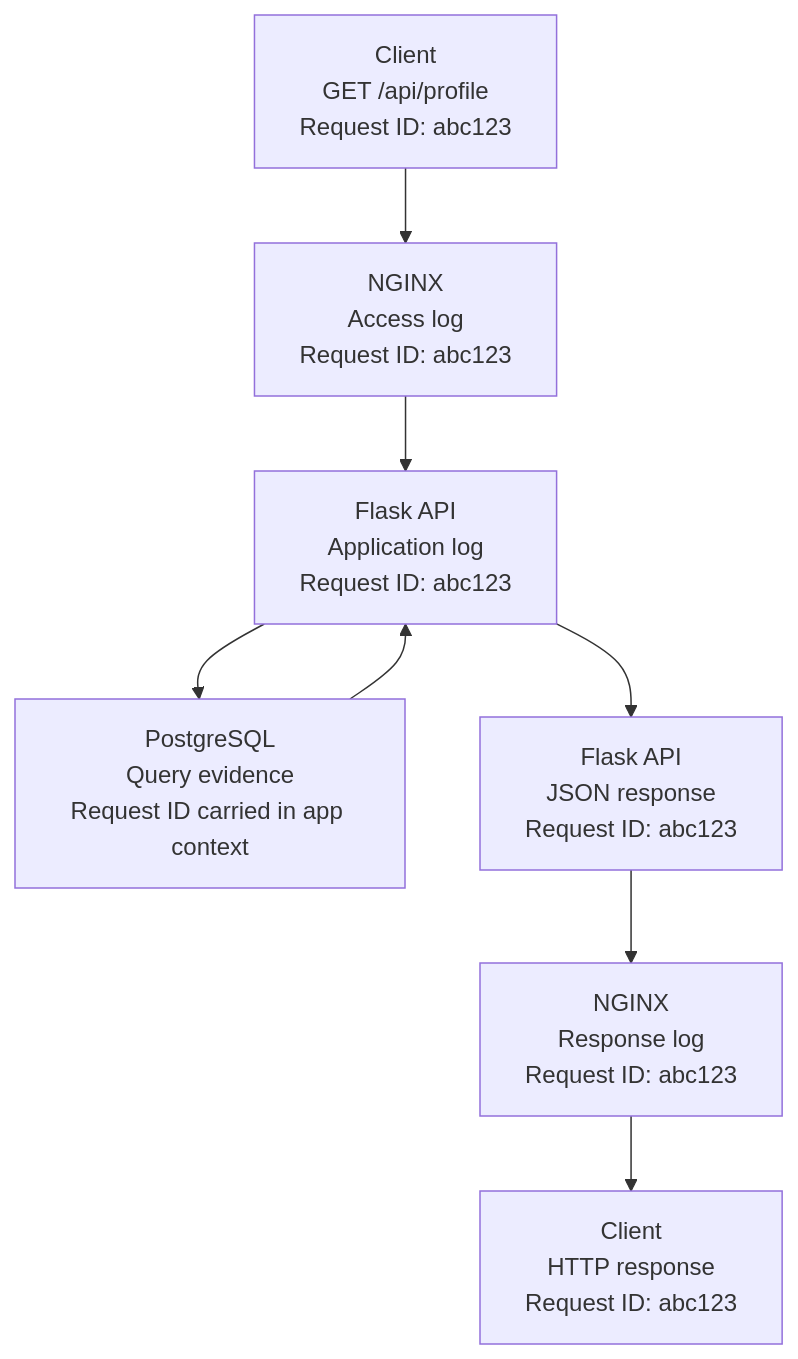
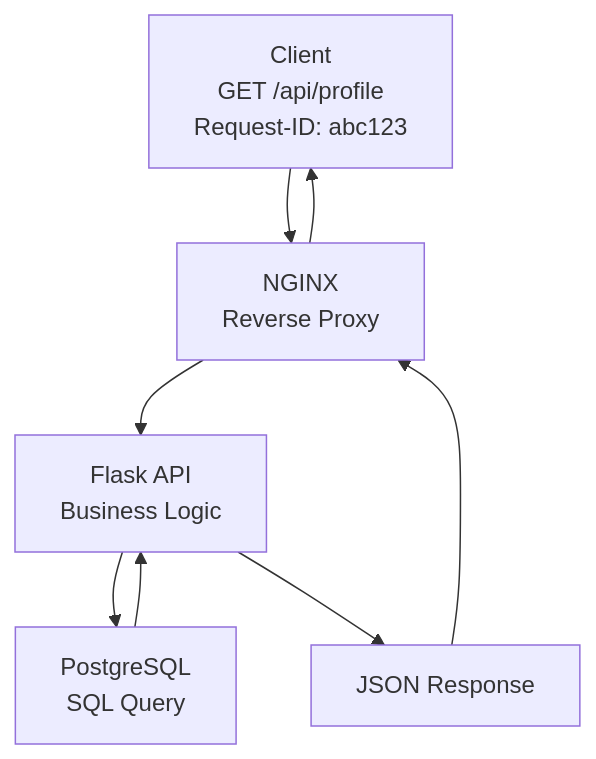
Before and after one commit to gettyhongla/request-tracing-lab: the second of 2 diagrams in AnswersByGetty/phase-02-building-a-production-service/01-three-tier-architecture.md, drawn with Mermaid. The commit also changed other lines of this file, not shown here.

````diff
--- a/AnswersByGetty/phase-02-building-a-production-service/01-three-tier-architecture.md
+++ b/AnswersByGetty/phase-02-building-a-production-service/01-three-tier-architecture.md
@@ -28,18 +26,16 @@
 ```mermaid
 flowchart TD
-    A["Client<br/>GET /api/profile<br/>Request ID: abc123"]
-    B["NGINX<br/>Access log<br/>Request ID: abc123"]
-    C["Flask API<br/>Application log<br/>Request ID: abc123"]
-    D["PostgreSQL<br/>Query evidence<br/>Request ID carried in app context"]
-    E["Flask API<br/>JSON response<br/>Request ID: abc123"]
-    F["NGINX<br/>Response log<br/>Request ID: abc123"]
-    G["Client<br/>HTTP response<br/>Request ID: abc123"]
+    A["Client<br/>GET /api/profile<br/>Request-ID: abc123"]
+    B["NGINX<br/>Reverse Proxy"]
+    C["Flask API<br/>Business Logic"]
+    D["PostgreSQL<br/>SQL Query"]
+    E["JSON Response"]
 
     A --> B
     B --> C
     C --> D
     D --> C
     C --> E
-    E --> F
-    F --> G
+    E --> B
+    B --> A
 ```
````
